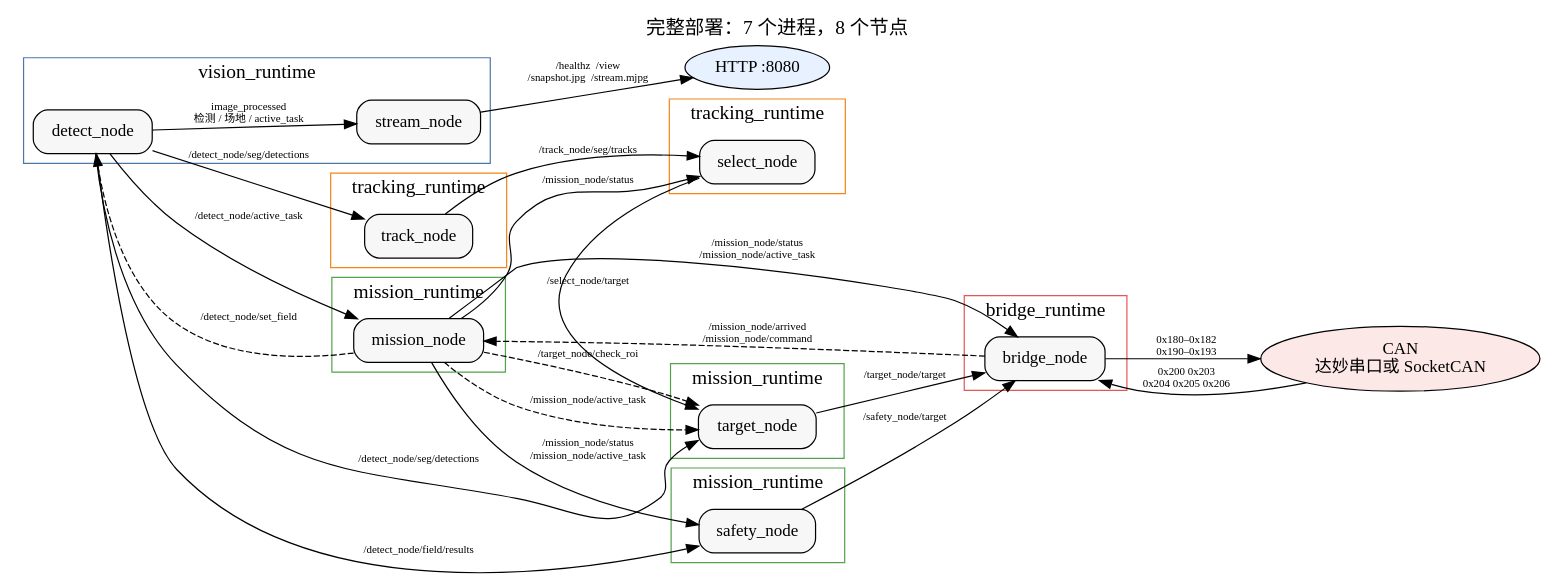
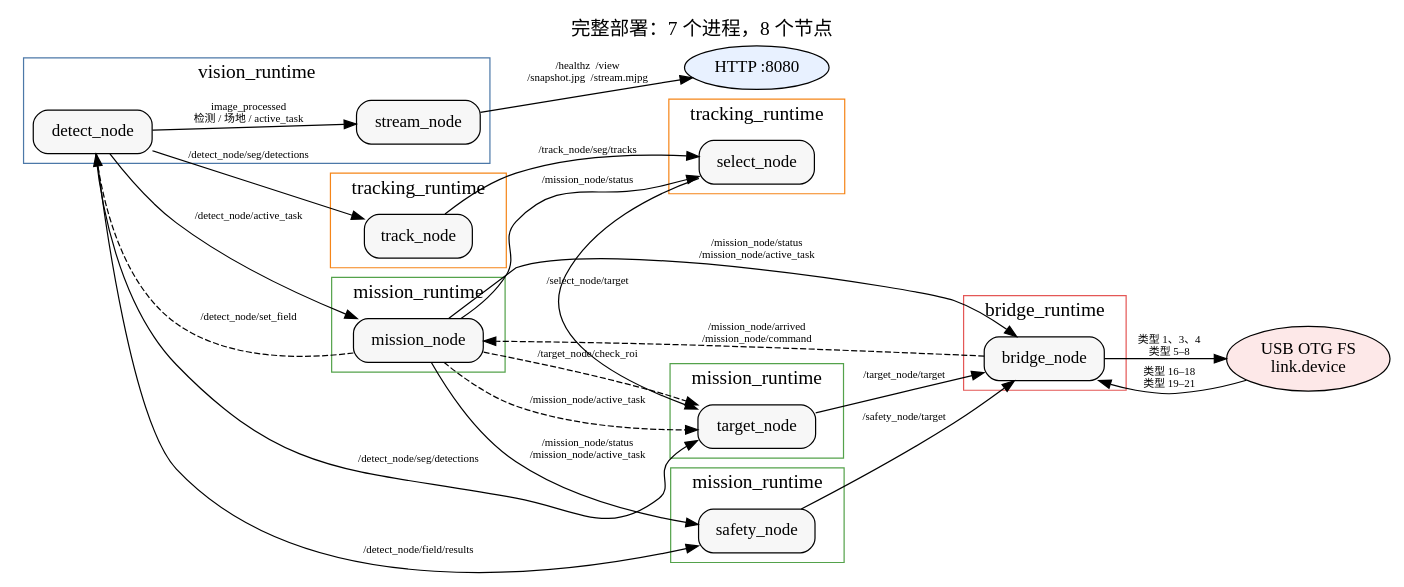
The diagram in Jetson/docs/flowcharts/system.dot (Lizzz000/gc-rescue-combined), drawn with Graphviz before and after one commit. The commit also changed 95 other files, not shown here.

Commit message:
完善板间 USB 通信并保留电机 CAN

```diff
--- a/Jetson/docs/flowcharts/system.dot
+++ b/Jetson/docs/flowcharts/system.dot
@@ -1,80 +1,80 @@
 digraph system {
   graph [
     fontname="Microsoft YaHei",
     rankdir=LR,
     label="完整部署：7 个进程，8 个节点",
     labelloc=t,
     fontsize=16,
     nodesep=0.35,
     ranksep=0.55
   ];
   node [fontname="Microsoft YaHei", shape=box, style="rounded,filled", fillcolor="#f7f7f7"];
   edge [fontname="Microsoft YaHei", fontsize=9];
 
   subgraph cluster_vision {
     label="vision_runtime";
     fontname="Microsoft YaHei";
     color="#4c78a8";
     detect [label="detect_node"];
     stream [label="stream_node"];
   }
   subgraph cluster_track {
     label="tracking_runtime";
     fontname="Microsoft YaHei";
     color="#f58518";
     track [label="track_node"];
   }
   subgraph cluster_select {
     label="tracking_runtime";
     fontname="Microsoft YaHei";
     color="#f58518";
     select [label="select_node"];
   }
   subgraph cluster_mission {
     label="mission_runtime";
     fontname="Microsoft YaHei";
     color="#54a24b";
     mission [label="mission_node"];
   }
   subgraph cluster_target {
     label="mission_runtime";
     fontname="Microsoft YaHei";
     color="#54a24b";
     target [label="target_node"];
   }
   subgraph cluster_safety {
     label="mission_runtime";
     fontname="Microsoft YaHei";
     color="#54a24b";
     safety [label="safety_node"];
   }
   subgraph cluster_bridge {
     label="bridge_runtime";
     fontname="Microsoft YaHei";
     color="#e45756";
     bridge [label="bridge_node"];
   }
 
   http [label="HTTP :8080", shape=ellipse, fillcolor="#e8f1ff"];
-  can [label="CAN\n达妙串口或 SocketCAN", shape=ellipse, fillcolor="#fde8e8"];
+  can [label="USB OTG FS\nlink.device", shape=ellipse, fillcolor="#fde8e8"];
 
   detect -> track [label="/detect_node/seg/detections"];
   detect -> target [label="/detect_node/seg/detections"];
   detect -> safety [label="/detect_node/field/results"];
   detect -> stream [label="image_processed\n检测 / 场地 / active_task"];
   detect -> mission [label="/detect_node/active_task"];
   mission -> detect [label="/detect_node/set_field", style=dashed];
   track -> select [label="/track_node/seg/tracks"];
   select -> target [label="/select_node/target"];
   mission -> select [label="/mission_node/status"];
   mission -> target [label="/mission_node/active_task", style=dashed];
   mission -> target [label="/target_node/check_roi", style=dashed];
   mission -> safety [label="/mission_node/status\n/mission_node/active_task"];
   target -> bridge [label="/target_node/target"];
   safety -> bridge [label="/safety_node/target"];
   mission -> bridge [label="/mission_node/status\n/mission_node/active_task"];
   bridge -> mission [label="/mission_node/arrived\n/mission_node/command", style=dashed];
   stream -> http [label="/healthz  /view\n/snapshot.jpg  /stream.mjpg"];
-  bridge -> can [label="0x180–0x182\n0x190–0x193"];
-  can -> bridge [label="0x200 0x203\n0x204 0x205 0x206"];
+  bridge -> can [label="类型 1、3、4\n类型 5–8"];
+  can -> bridge [label="类型 16–18\n类型 19–21"];
 }
```
